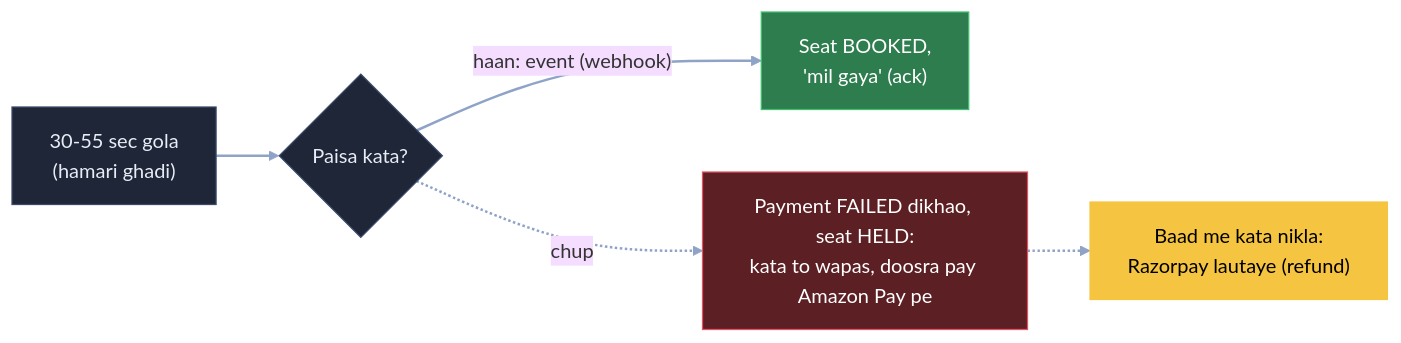
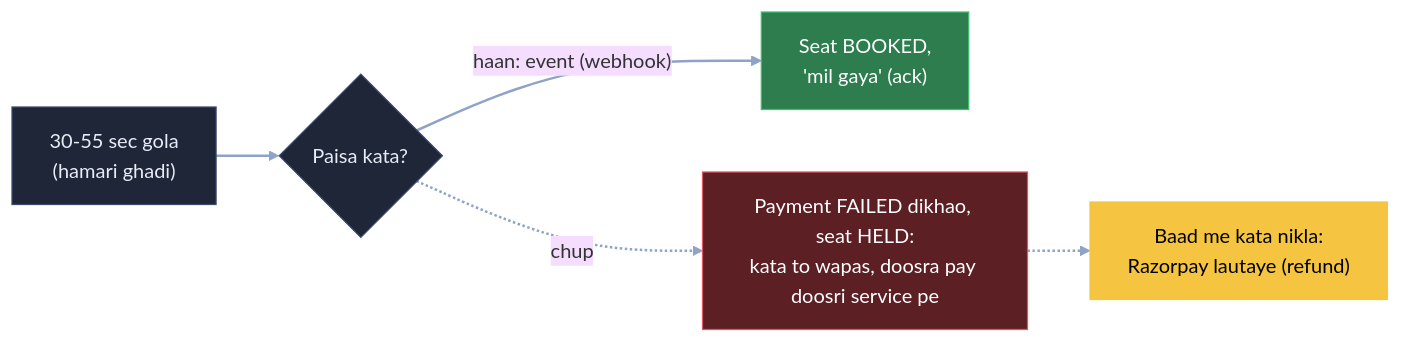
The seventh of 12 diagrams in 04_HLD/SYSTEM_DESIGNS/09_bookmyshow/09_bookmyshow.md (ArpanMaheshwari144/Prep), drawn with Mermaid (base theme) before and after one commit. The commit also changed other lines of this file and 4 other files, not shown here.

Commit message:
PSP misaal: Stripe / Amazon Pay ki jagah 'Razorpay jaisi doosri service' (Arpan 21-Nov)

````diff
--- a/04_HLD/SYSTEM_DESIGNS/09_bookmyshow/09_bookmyshow.md
+++ b/04_HLD/SYSTEM_DESIGNS/09_bookmyshow/09_bookmyshow.md
@@ -367,12 +367,12 @@
 ```mermaid
 flowchart LR
     G["30-55 sec gola<br/>(hamari ghadi)"]:::card --> P{"Paisa kata?"}:::card
     P -- "haan: event (webhook)" --> S["Seat BOOKED,<br/>'mil gaya' (ack)"]:::good
-    P -. "chup" .-> F["Payment FAILED dikhao, seat HELD:<br/>kata to wapas, doosra pay Amazon Pay pe"]:::bad
+    P -. "chup" .-> F["Payment FAILED dikhao, seat HELD:<br/>kata to wapas, doosra pay doosri service pe"]:::bad
     F -.-> R["Baad me kata nikla:<br/>Razorpay lautaye (refund)"]:::pill
     linkStyle default stroke:#8fa3c7,stroke-width:2px
     classDef card fill:#1e2638,stroke:#3a4a6b,color:#e8ecf5
     classDef pill fill:#f5c542,stroke:#f5c542,color:#000
     classDef good fill:#2e7d4f,stroke:#3fbf6f,color:#fff
     classDef bad fill:#5c1f24,stroke:#e05561,color:#fff
 ```
````
